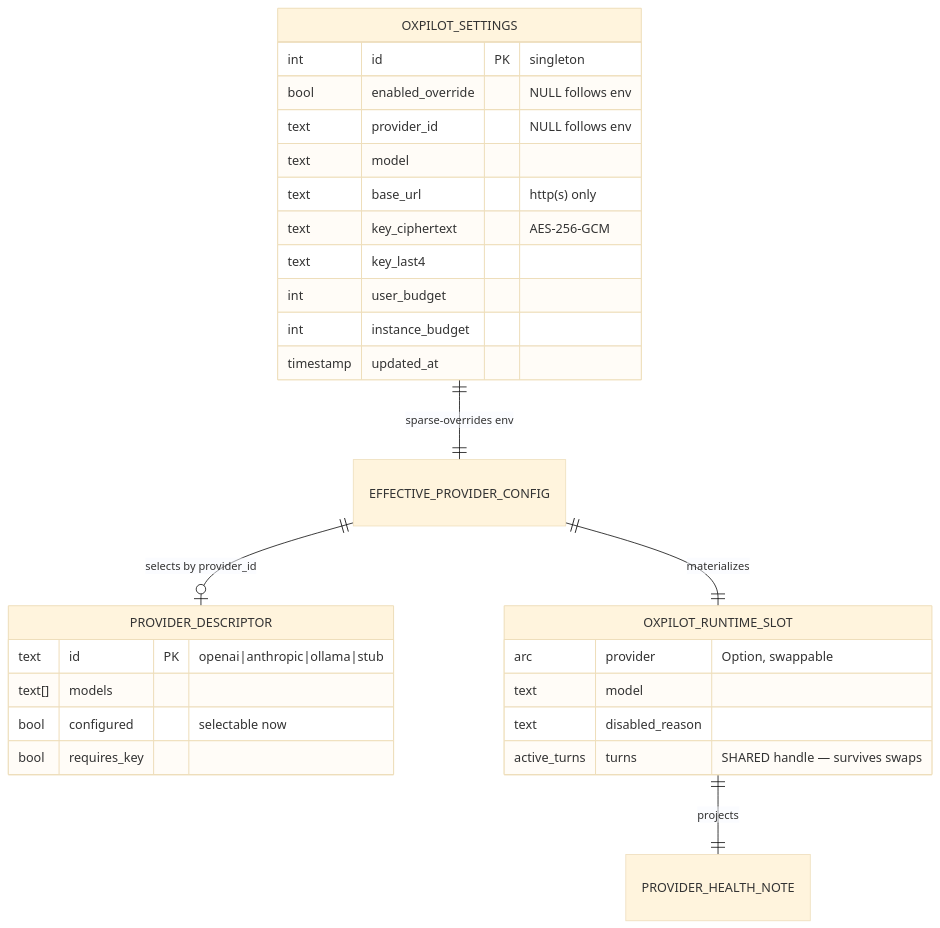
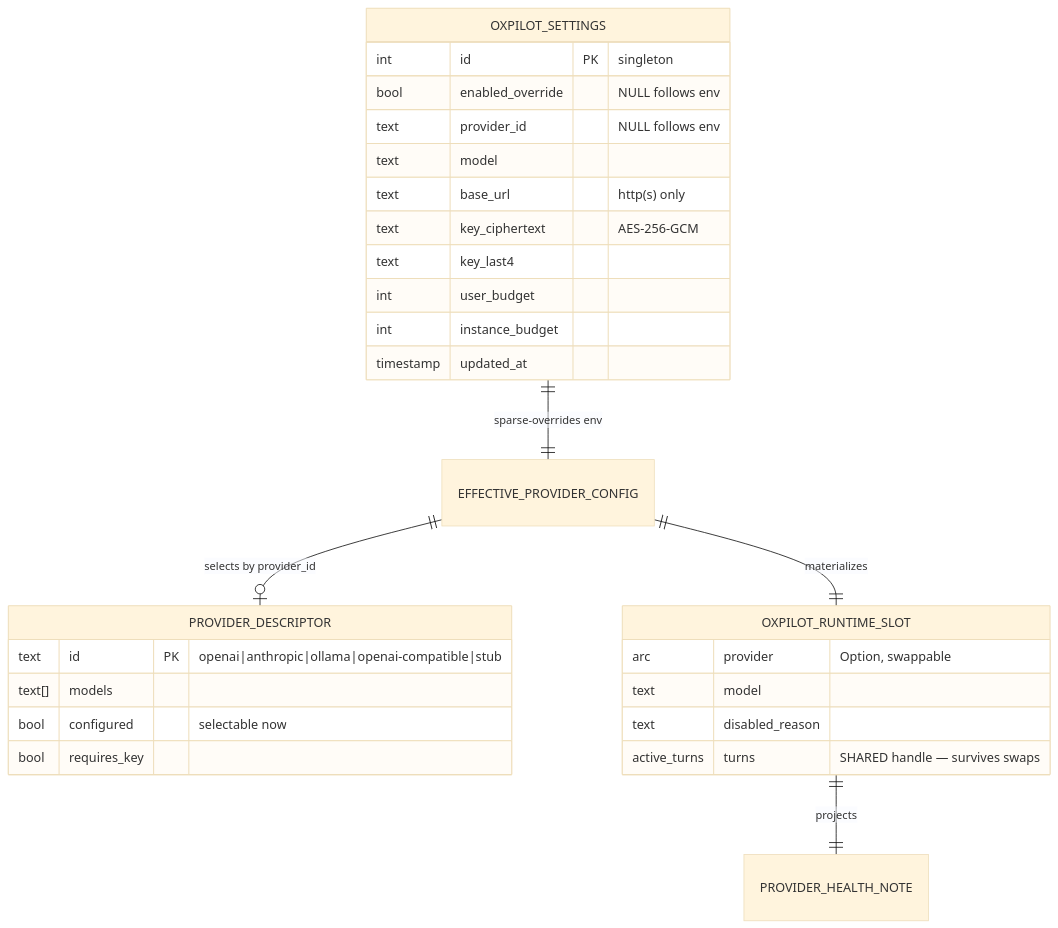
Before and after one commit to oxidean/oxidean: the diagram in aidlc/spaces/default/intents/261027-oxpilot-agent/construction/providers/functional-design/functional-spec.md, drawn with Mermaid (base theme). The commit also changed other lines of this file and 8 other files, not shown here.

First line of the commit message:
docs(oxpilot): amend specs for stub gating, openai-compatible, admin UI

````diff
--- a/aidlc/spaces/default/intents/261027-oxpilot-agent/construction/providers/functional-design/functional-spec.md
+++ b/aidlc/spaces/default/intents/261027-oxpilot-agent/construction/providers/functional-design/functional-spec.md
@@ -19,31 +19,31 @@
 ```mermaid
 erDiagram
     OXPILOT_SETTINGS ||--|| EFFECTIVE_PROVIDER_CONFIG : "sparse-overrides env"
     EFFECTIVE_PROVIDER_CONFIG ||--o| PROVIDER_DESCRIPTOR : "selects by provider_id"
     EFFECTIVE_PROVIDER_CONFIG ||--|| OXPILOT_RUNTIME_SLOT : "materializes"
     OXPILOT_RUNTIME_SLOT ||--|| PROVIDER_HEALTH_NOTE : "projects"
     OXPILOT_SETTINGS {
         int id PK "singleton"
         bool enabled_override "NULL follows env"
         text provider_id "NULL follows env"
         text model
         text base_url "http(s) only"
         text key_ciphertext "AES-256-GCM"
         text key_last4
         int user_budget
         int instance_budget
         timestamp updated_at
     }
     PROVIDER_DESCRIPTOR {
-        text id PK "openai|anthropic|ollama|stub"
+        text id PK "openai|anthropic|ollama|openai-compatible|stub"
         text[] models
         bool configured "selectable now"
         bool requires_key
     }
     OXPILOT_RUNTIME_SLOT {
         arc provider "Option, swappable"
         text model
         text disabled_reason
         active_turns turns "SHARED handle — survives swaps"
     }
 ```
````
